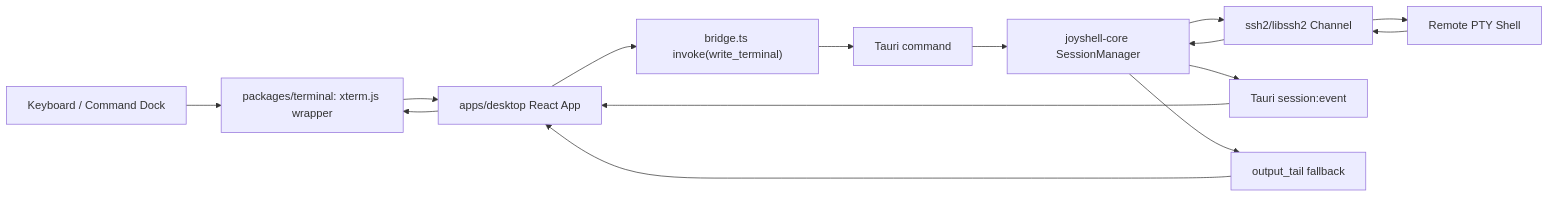
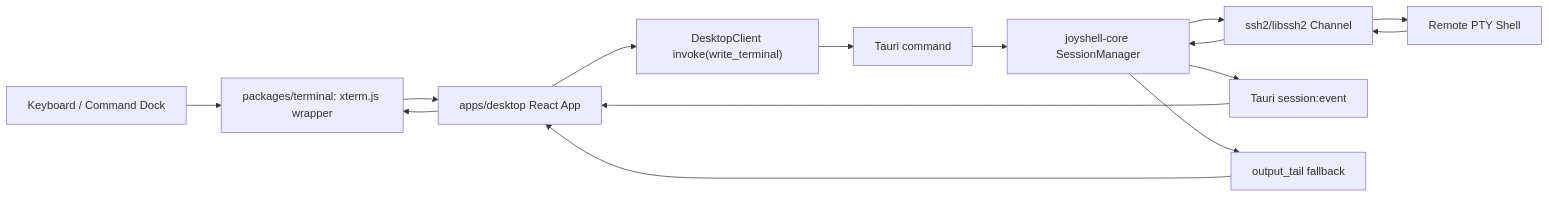
Before and after one commit to Aaaou/Joyshell: the diagram in doc/components/terminal-ssh-interaction.md, drawn with Mermaid. The commit also changed other lines of this file and 138 other files, not shown here.

````diff
--- a/doc/components/terminal-ssh-interaction.md
+++ b/doc/components/terminal-ssh-interaction.md
@@ -204,17 +200,17 @@
 ```mermaid
 flowchart LR
   User["Keyboard / Command Dock"] --> Xterm["packages/terminal: xterm.js wrapper"]
   Xterm --> App["apps/desktop React App"]
-  App --> Bridge["bridge.ts invoke(write_terminal)"]
+  App --> Bridge["DesktopClient invoke(write_terminal)"]
   Bridge --> Tauri["Tauri command"]
   Tauri --> Core["joyshell-core SessionManager"]
   Core --> SSH["ssh2/libssh2 Channel"]
   SSH --> Remote["Remote PTY Shell"]
   Remote --> SSH
   SSH --> Core
   Core --> Events["Tauri session:event"]
   Events --> App
   App --> Xterm
   Core --> Tail["output_tail fallback"]
   Tail --> App
 ```
````
